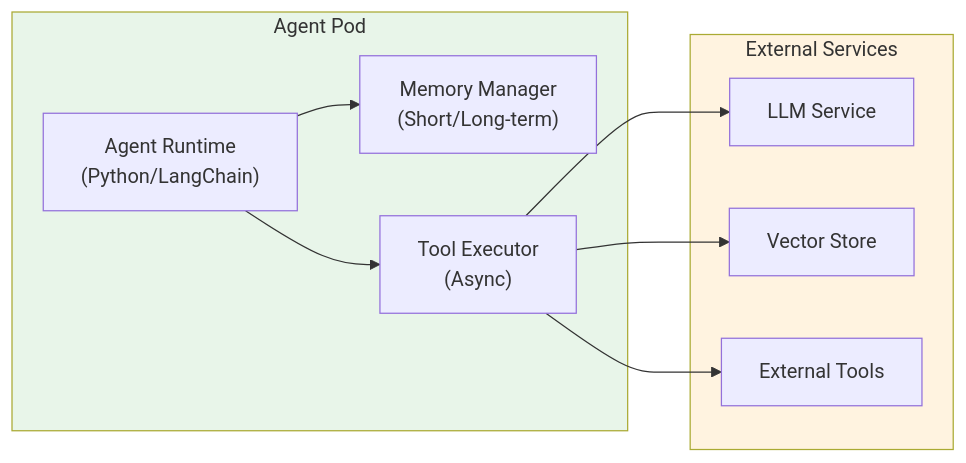
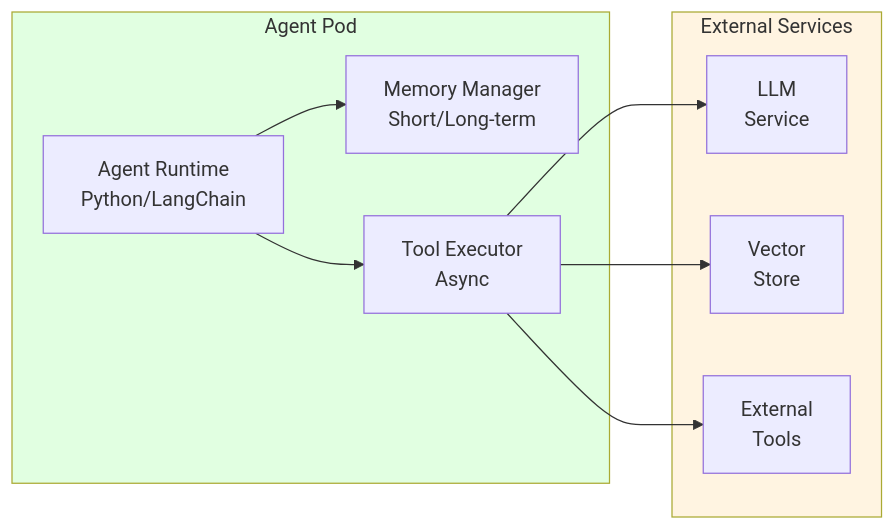
The second of 10 diagrams in docs/agentic-ai-platform/design-architecture/agentic-platform-architecture.md (devfloor9/engineering-playbook), drawn with Mermaid before and after one commit. The commit also changed other lines of this file and 24 other files, not shown here.

````diff
--- a/docs/agentic-ai-platform/design-architecture/agentic-platform-architecture.md
+++ b/docs/agentic-ai-platform/design-architecture/agentic-platform-architecture.md
@@ -134,23 +134,23 @@
 ```mermaid
-graph LR
+flowchart LR
     subgraph AgentPod["Agent Pod"]
-        RUNTIME["Agent Runtime<br/>(Python/LangChain)"]
-        MEMORY["Memory Manager<br/>(Short/Long-term)"]
-        EXECUTOR["Tool Executor<br/>(Async)"]
+        RUNTIME["Agent Runtime<br/>Python/LangChain"]
+        MEMORY["Memory Manager<br/>Short/Long-term"]
+        EXECUTOR["Tool Executor<br/>Async"]
     end
 
     subgraph External["External Services"]
-        LLM["LLM Service"]
-        VECTOR["Vector Store"]
-        TOOLS["External Tools"]
+        LLM["LLM<br/>Service"]
+        VECTOR["Vector<br/>Store"]
+        TOOLS["External<br/>Tools"]
     end
 
     RUNTIME --> MEMORY
     RUNTIME --> EXECUTOR
     EXECUTOR --> LLM
     EXECUTOR --> VECTOR
     EXECUTOR --> TOOLS
 
-    style AgentPod fill:#e8f5e9
-    style External fill:#fff3e0
+    style AgentPod fill:#e1ffe1
+    style External fill:#fff4e1
 ```
````
